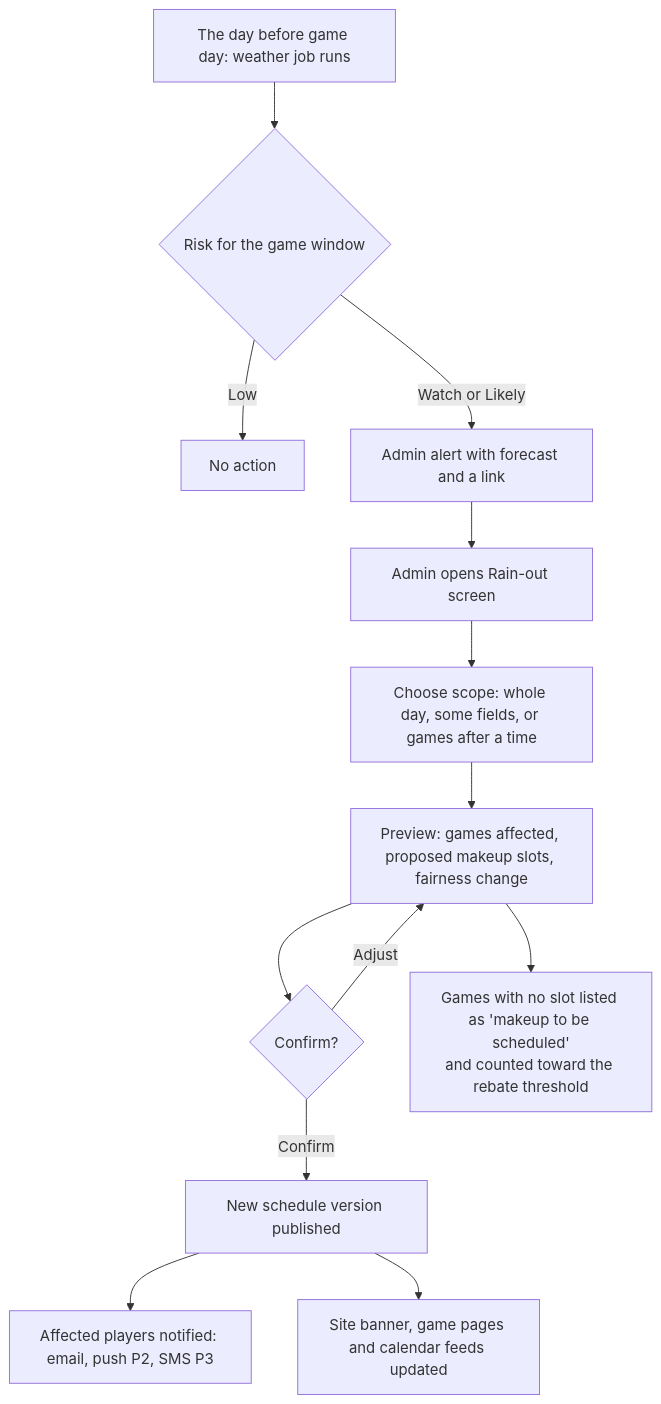
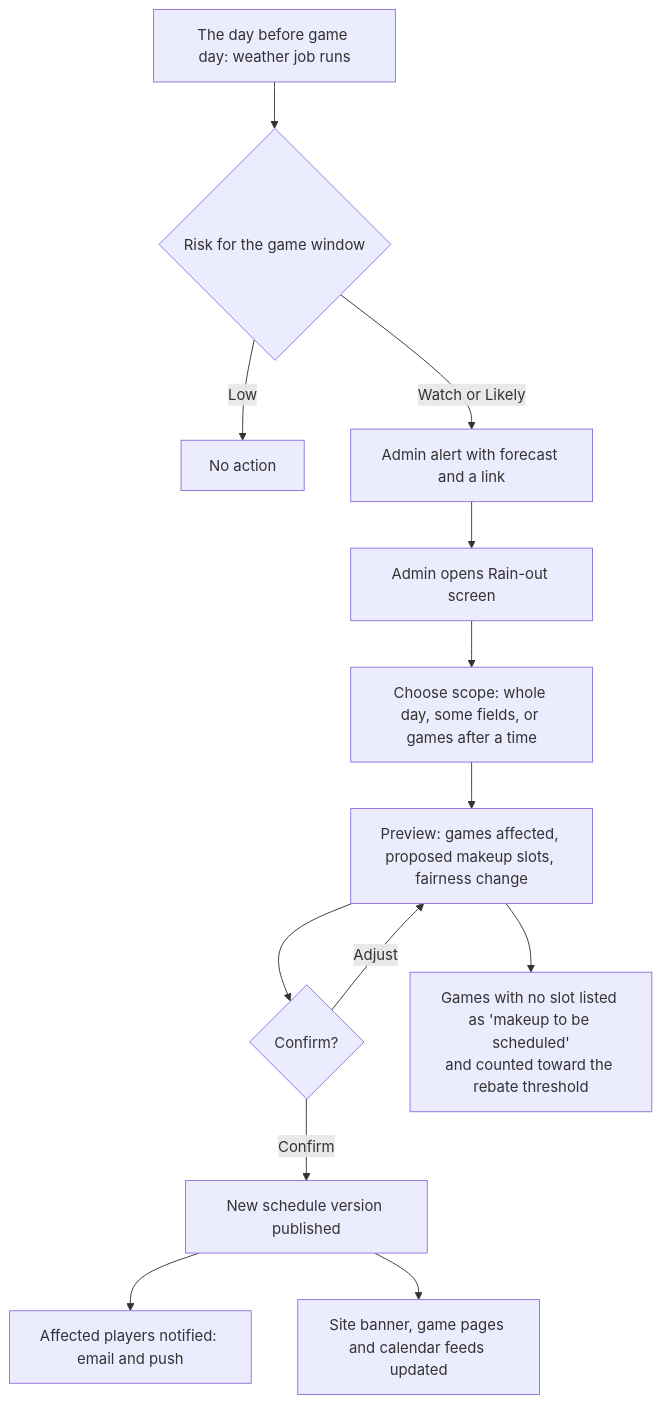
The fourth of 4 diagrams in docs/information-architecture.md (michael-fesselmeyer/kickball-league), drawn with Mermaid before and after one commit. The commit also changed other lines of this file, not shown here.

Commit message:
docs(information-architecture): remove the SMS terms page and SMS notices

````diff
--- a/docs/information-architecture.md
+++ b/docs/information-architecture.md
@@ -199,15 +199,15 @@
 ```mermaid
 flowchart TD
   A[The day before game day: weather job runs] --> B{Risk for the game window}
   B -- Low --> Z[No action]
   B -- Watch or Likely --> C[Admin alert with forecast and a link]
   C --> D[Admin opens Rain-out screen]
   D --> E[Choose scope: whole day, some fields, or games after a time]
   E --> F[Preview: games affected, proposed makeup slots, fairness change]
   F --> G{Confirm?}
   G -- Adjust --> F
   G -- Confirm --> H[New schedule version published]
-  H --> I[Affected players notified: email, push P2, SMS P3]
+  H --> I[Affected players notified: email and push]
   H --> J[Site banner, game pages and calendar feeds updated]
   F --> K[Games with no slot listed as 'makeup to be scheduled'<br/>and counted toward the rebate threshold]
 ```
````
